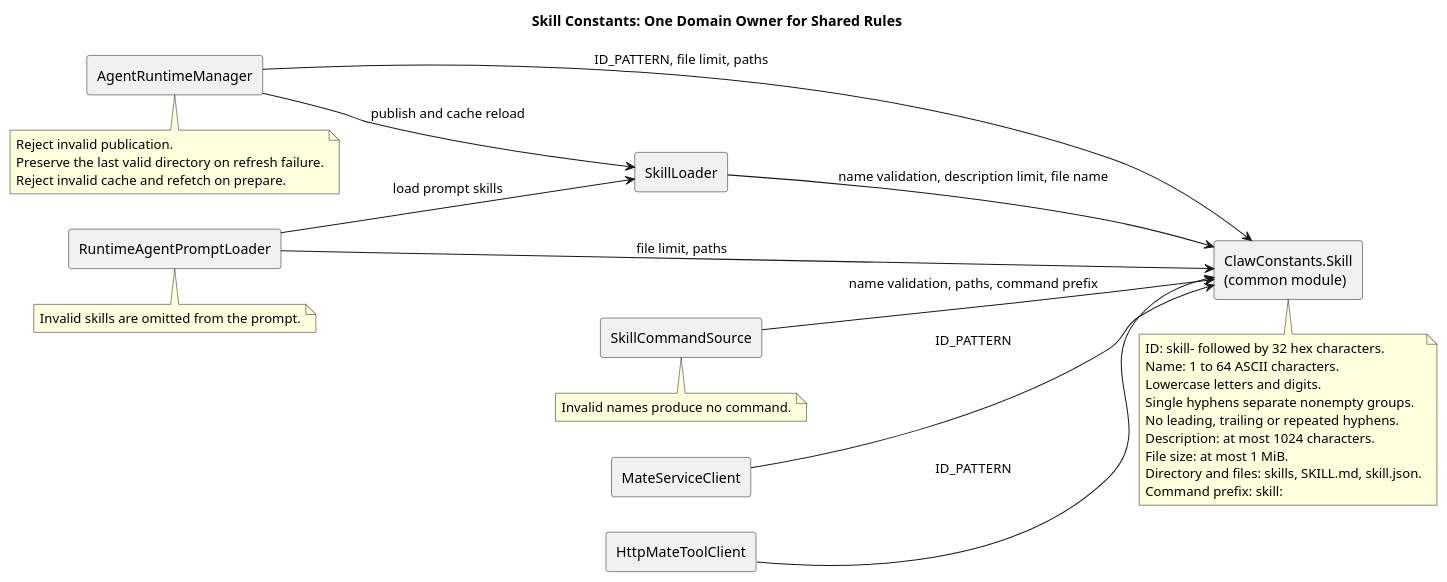
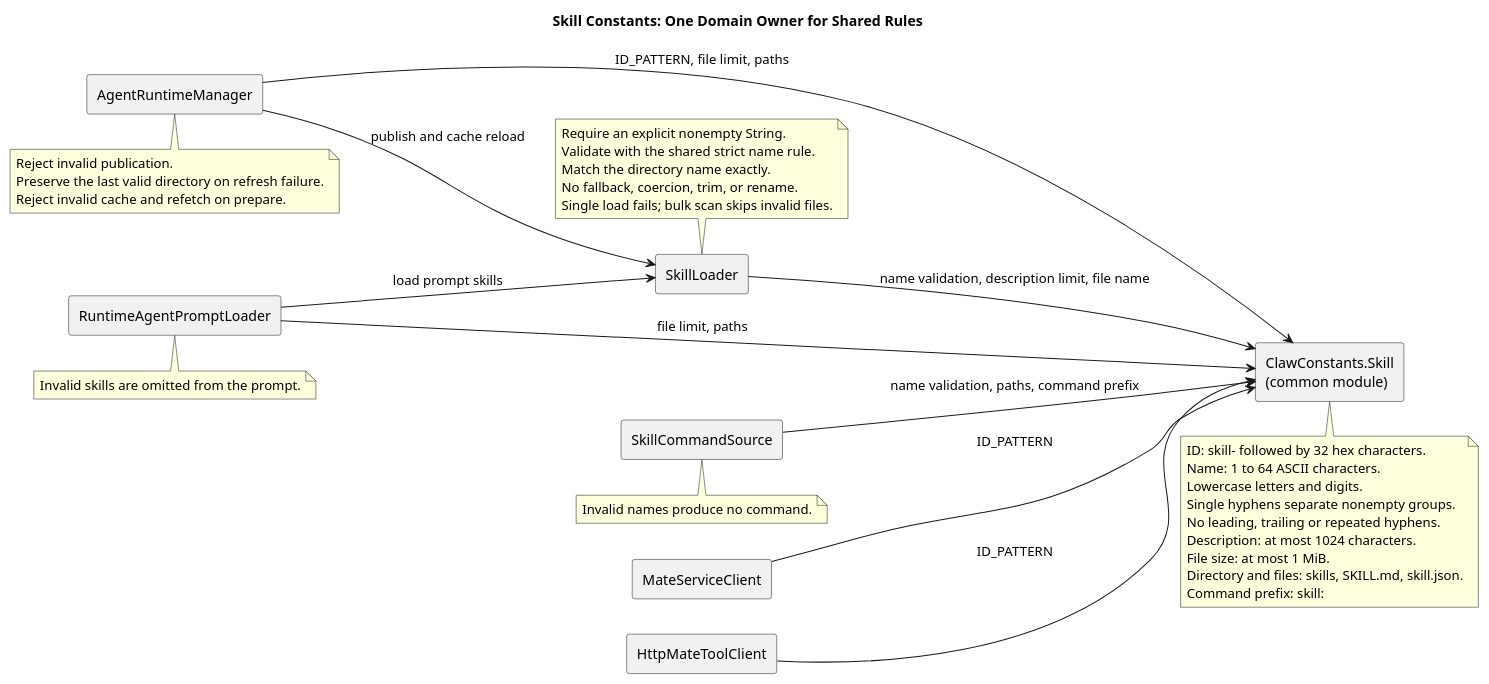
The diagram in docs/designs/skill-name-validation/diagram.puml (2862282695gjh-afk/pi-mono-java), drawn with PlantUML before and after one commit. The commit also changed 22 other files, not shown here.

```diff
--- a/docs/designs/skill-name-validation/diagram.puml
+++ b/docs/designs/skill-name-validation/diagram.puml
@@ -1,66 +1,78 @@
 @startuml skill_name_validation
 title Skill Constants: One Domain Owner for Shared Rules
 ' Source baseline: pi-mono-java@2c2092f2fa764a7aa7b47da841299f8866d7a151.
 ' Source evidence: modules/coding-agent-cli/src/main/java/com/campusclaw/codingagent/skill/SkillLoader.java validateName, loadFromFile.
 ' Source evidence: modules/coding-agent-cli/src/main/java/com/campusclaw/codingagent/skill/SkillNamePatterns.java LEGACY_REGEX, STRICT_REGEX.
 ' Source evidence: modules/coding-agent-cli/src/main/java/com/campusclaw/codingagent/runtime/AgentRuntimeManager.java requireSessionLoadable, writeSkills, loadSkill.
 ' Source evidence: modules/coding-agent-cli/src/main/java/com/campusclaw/codingagent/runtimeapi/agent/RuntimeAgentPromptLoader.java loadSkill.
 ' Source evidence: modules/coding-agent-cli/src/main/java/com/campusclaw/codingagent/runtimeapi/service/command/SkillCommandSource.java resolved.
 ' Observed behavior: the baseline loads names with invalid hyphens but excludes them from command discovery.
 ' Follow-up baseline: pi-mono-java@cf4f929af2d407d3673bfabac0c311831fb570c7.
 ' Source evidence: modules/coding-agent-cli/src/main/java/com/campusclaw/codingagent/common/identifier/ResourceIdentifierPatterns.java SKILL_ID_REGEX, SKILL_ID_PATTERN.
 ' Source evidence: modules/coding-agent-cli/src/main/java/com/campusclaw/codingagent/runtime/MateServiceClient.java querySkillInfo.
 ' Source evidence: modules/coding-agent-cli/src/main/java/com/campusclaw/codingagent/common/client/HttpMateToolClient.java listSkillTools.
 ' Constant ownership baseline: pi-mono-java@c0e2915230e73f626a5ede99f0fc3b3412bbff0b.
 ' Source evidence: modules/coding-agent-cli/src/main/java/com/campusclaw/codingagent/skill/Skill.java MAX_DESCRIPTION_LENGTH, MAX_FILE_BYTES.
 ' Source evidence: modules/coding-agent-cli/src/main/java/com/campusclaw/codingagent/skill/SkillPatterns.java MAX_NAME_LENGTH, ID_PATTERN, NAME_PATTERN.
 ' Source evidence: modules/coding-agent-cli/src/main/java/com/campusclaw/codingagent/skill/SkillLoader.java SKILL_FILENAME.
 ' Source evidence: modules/coding-agent-cli/src/main/java/com/campusclaw/codingagent/runtime/AgentRuntimeManager.java SKILL_FILE, SKILL_MANIFEST_FILE.
 ' Source evidence: modules/coding-agent-cli/src/main/java/com/campusclaw/codingagent/runtimeapi/service/command/SkillCommandSource.java COMMAND_PREFIX, SKILL_MARKDOWN_FILE.
 ' Shared constant baseline: ee3fdb4893228045f06b9b1d1b3b3bb505812c73.
 ' Source evidence: modules/coding-agent-cli/src/main/java/com/campusclaw/codingagent/skill/SkillConstants.java.
 ' Target owner: modules/common/src/main/java/com/campusclaw/common/constant/ClawConstants.java Skill.
 ' Architecture change: ClawConstants.Skill owns patterns, shared limits, directory and file names, and command prefix; Skill carries data only.
 ' Target product constraint: remove invalid-name compatibility; ClawConstants.Skill owns NAME_REGEX, NAME_PATTERN and isValidName.
 ' Design reason: one accepted name set prevents inconsistent loading and discovery without renaming resource identities.
+' Alignment baseline: pi-mono-java@7b3769a5eabe2d131af3023631d7ad24e6d9a9e1.
+' Source evidence: modules/coding-agent-cli/src/main/java/com/campusclaw/codingagent/skill/SkillLoader.java parseSkillFile.
+' Observed behavior: the alignment baseline still coerces names and falls back to the parent directory.
+' Confirmed target: pi-mono-java-design@fd8604956632c880264434791465d1f59917038d Skill command section 3.
+' Java divergence: reject invalid raw names; pi@4af9d21d packages/coding-agent/src/core/skills.ts loadSkillFromFile warns and falls back.
 skinparam shadowing false
 skinparam componentStyle rectangle
 left to right direction
 component AgentRuntimeManager as Runtime
 component RuntimeAgentPromptLoader as Prompt
 component SkillLoader as Loader
 component SkillCommandSource as Commands
 component "ClawConstants.Skill\n(common module)" as Constants
 component MateServiceClient as MetadataClient
 component HttpMateToolClient as ToolClient
 Runtime --> Loader : publish and cache reload
 Prompt --> Loader : load prompt skills
 Loader --> Constants : name validation, description limit, file name
 Commands --> Constants : name validation, paths, command prefix
 Runtime --> Constants : ID_PATTERN, file limit, paths
 Prompt --> Constants : file limit, paths
 MetadataClient --> Constants : ID_PATTERN
 ToolClient --> Constants : ID_PATTERN
 note bottom of Constants
 ID: skill- followed by 32 hex characters.
 Name: 1 to 64 ASCII characters.
 Lowercase letters and digits.
 Single hyphens separate nonempty groups.
 No leading, trailing or repeated hyphens.
 Description: at most 1024 characters.
 File size: at most 1 MiB.
 Directory and files: skills, SKILL.md, skill.json.
 Command prefix: skill:
 end note
 note bottom of Runtime
 Reject invalid publication.
 Preserve the last valid directory on refresh failure.
 Reject invalid cache and refetch on prepare.
 end note
 note bottom of Prompt
 Invalid skills are omitted from the prompt.
 end note
+note top of Loader
+Require an explicit nonempty String.
+Validate with the shared strict name rule.
+Match the directory name exactly.
+No fallback, coercion, trim, or rename.
+Single load fails; bulk scan skips invalid files.
+end note
 note bottom of Commands
 Invalid names produce no command.
 end note
 @enduml
```
